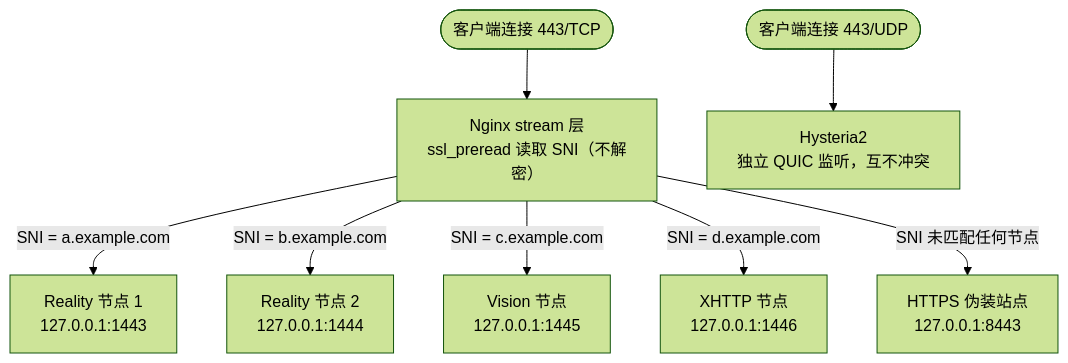
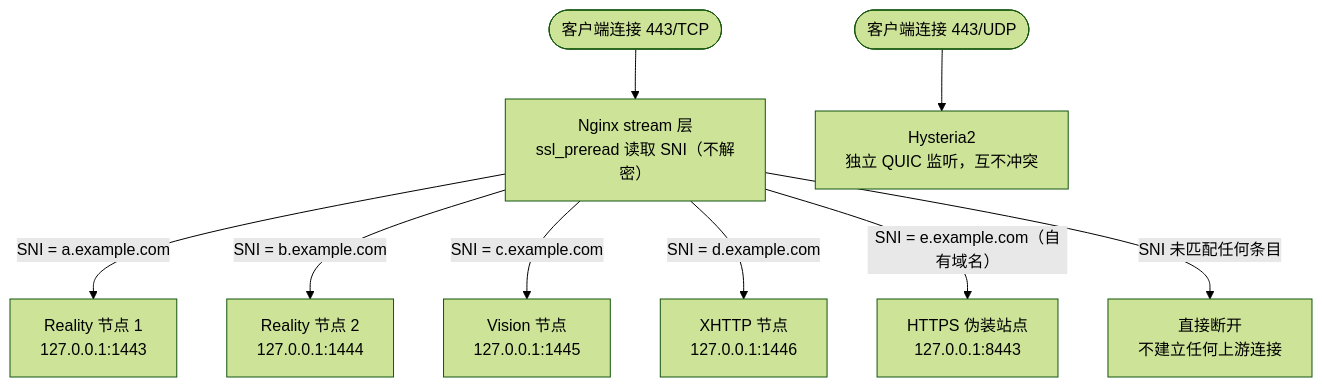
One commit to jinqians/proxy-stack changed the diagram in README.md. Above: the diagram before and after it, drawn with Mermaid (forest theme). The commit also changed other lines of this file and 3 other files, not shown here.

````diff
--- a/README.md
+++ b/README.md
@@ -64,12 +64,13 @@
 ```mermaid
 flowchart TD
     A(["客户端连接 443/TCP"]) --> B["Nginx stream 层<br/>ssl_preread 读取 SNI（不解密）"]
 
     B -->|"SNI = a.example.com"| C1["Reality 节点 1<br/>127.0.0.1:1443"]
     B -->|"SNI = b.example.com"| C2["Reality 节点 2<br/>127.0.0.1:1444"]
     B -->|"SNI = c.example.com"| D["Vision 节点<br/>127.0.0.1:1445"]
     B -->|"SNI = d.example.com"| E["XHTTP 节点<br/>127.0.0.1:1446"]
-    B -->|"SNI 未匹配任何节点"| F["HTTPS 伪装站点<br/>127.0.0.1:8443"]
+    B -->|"SNI = e.example.com（自有域名）"| F["HTTPS 伪装站点<br/>127.0.0.1:8443"]
+    B -->|"SNI 未匹配任何条目"| X["直接断开<br/>不建立任何上游连接"]
 
     G(["客户端连接 443/UDP"]) --> H["Hysteria2<br/>独立 QUIC 监听，互不冲突"]
 ```
````
